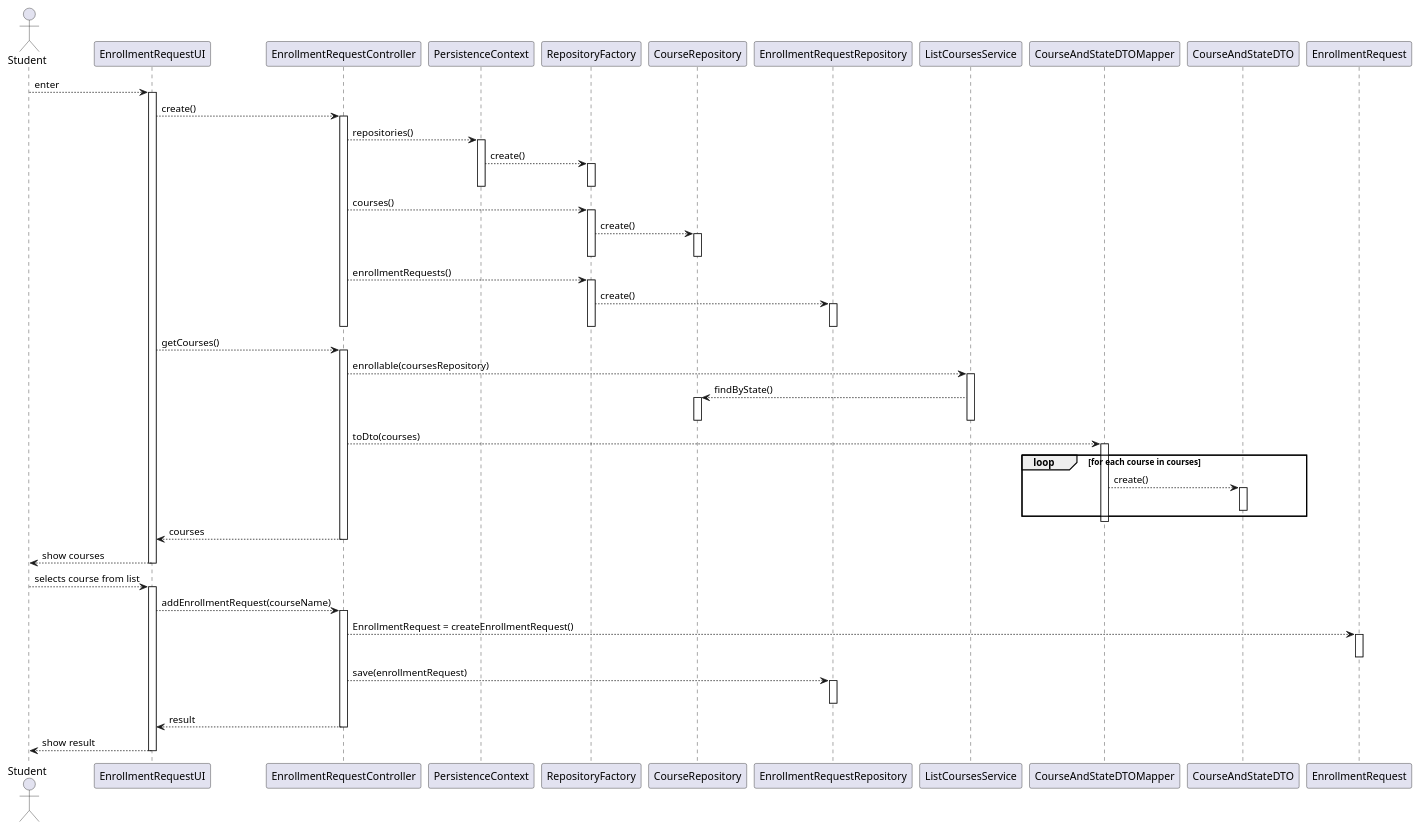
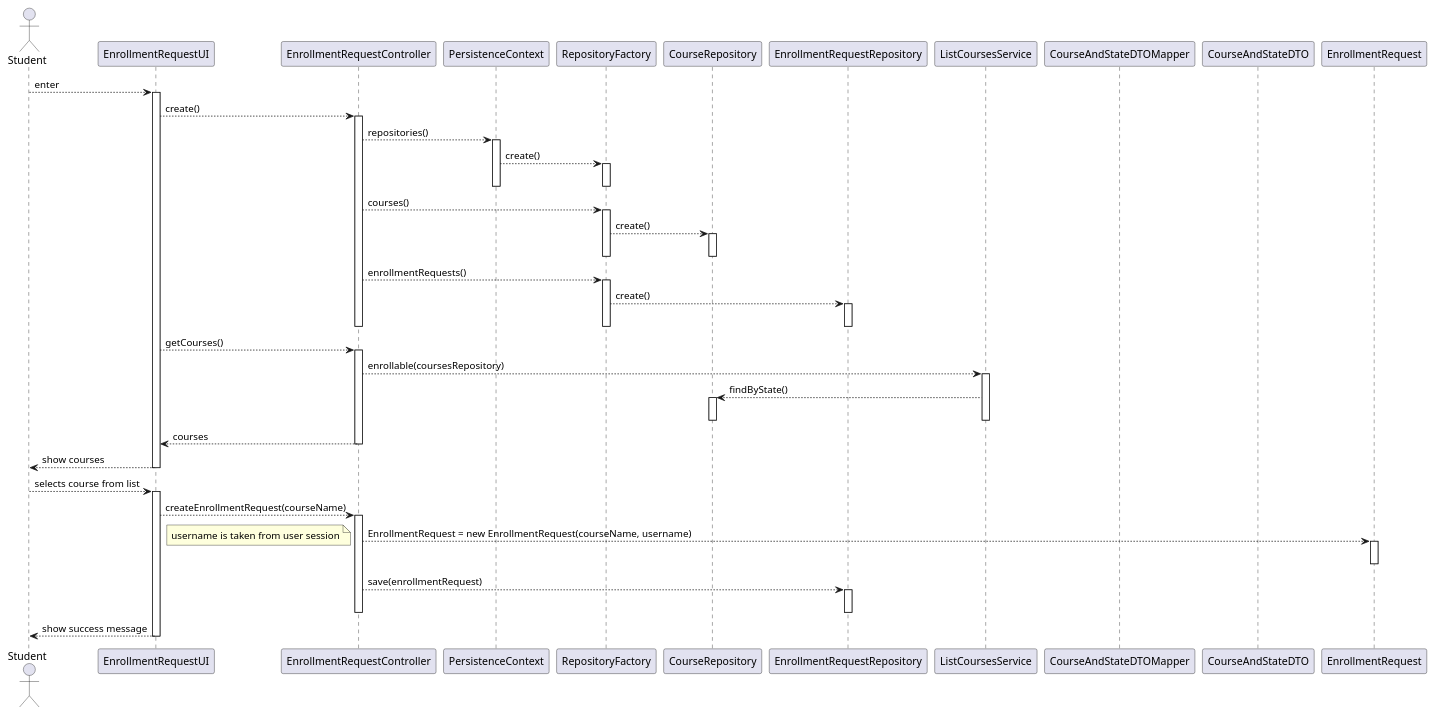
One commit to jovami/isep-lapr4 changed the diagram in docs/us_1008/sd.puml. Above: the diagram before and after it, drawn with PlantUML. The commit also changed 1 other file, not shown here.

Commit message:
fix(us_1008): updated the SD diagram and README.md file

```diff
--- a/docs/us_1008/sd.puml
+++ b/docs/us_1008/sd.puml
@@ -1,86 +1,78 @@
 @startuml
 
 actor Student as user
 participant EnrollmentRequestUI as ui
 participant EnrollmentRequestController as ctrl
 
 participant PersistenceContext as ctx
 participant RepositoryFactory as rep_fac
 participant CourseRepository as course_repo
 participant EnrollmentRequestRepository as enrollment_request_repo
 
 participant ListCoursesService as courses_svc
 
 participant CourseAndStateDTOMapper as mapper
 participant CourseAndStateDTO as dto
 
 participant EnrollmentRequest as enrollment_request
 
 user --> ui: enter
 
 activate ui
     ui --> ctrl: create()
     activate ctrl
         ctrl --> ctx: repositories()
         activate ctx
             ctx --> rep_fac: create()
             activate rep_fac
             deactivate rep_fac
         deactivate ctx
 
         ctrl --> rep_fac: courses()
         activate rep_fac
             rep_fac --> course_repo: create()
             activate course_repo
             deactivate course_repo
         deactivate rep_fac
         ctrl --> rep_fac : enrollmentRequests()
         activate rep_fac
             rep_fac --> enrollment_request_repo: create()
             activate enrollment_request_repo
             deactivate enrollment_request_repo
         deactivate rep_fac
     deactivate ctrl
 
     ui --> ctrl: getCourses()
     activate ctrl
         ctrl --> courses_svc: enrollable(coursesRepository)
         activate courses_svc
             courses_svc --> course_repo: findByState()
             activate course_repo
             deactivate course_repo
         deactivate courses_svc
 
-        ctrl --> mapper: toDto(courses)
-        activate mapper
-            loop for each course in courses
-                mapper --> dto: create()
-                activate dto
-                deactivate dto
-            end loop
-        deactivate mapper
         ctrl --> ui: courses
     deactivate ctrl
+
 
 
     ui --> user: show courses
 deactivate ui
 
 user --> ui: selects course from list
 activate ui
-    ui --> ctrl: addEnrollmentRequest(courseName)
+    ui --> ctrl: createEnrollmentRequest(courseName)
     activate ctrl
-        ctrl ---> enrollment_request: EnrollmentRequest = createEnrollmentRequest()
+        ctrl ---> enrollment_request: EnrollmentRequest = new EnrollmentRequest(courseName, username)
+        note bottom: username is taken from user session
         activate enrollment_request
         deactivate enrollment_request
 
         ctrl --> enrollment_request_repo: save(enrollmentRequest)
         activate enrollment_request_repo
         deactivate enrollment_request_repo
-
-        ctrl --> ui: result
     deactivate ctrl
 
-    ui --> user: show result
+    ui --> user: show success message
 deactivate ui
 @enduml
```
